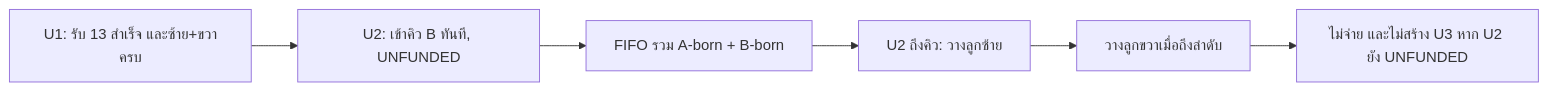
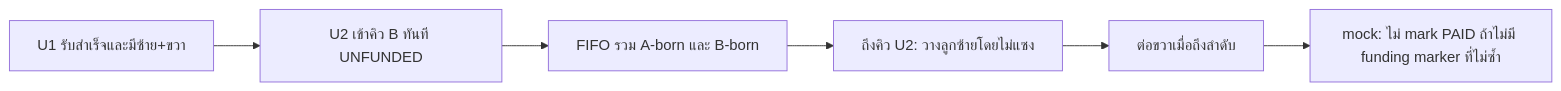
The diagram in examples/unfunded-fifo/README.md (jamesbx999/13vt.com), drawn with Mermaid before and after one commit. The commit also changed other lines of this file and 18 other files, not shown here.

````diff
--- a/examples/unfunded-fifo/README.md
+++ b/examples/unfunded-fifo/README.md
@@ -21,8 +15,8 @@
 ```mermaid
 flowchart LR
-  U1[U1: รับ 13 สำเร็จ และซ้าย+ขวาครบ] --> U2[U2: เข้าคิว B ทันที, UNFUNDED]
-  U2 --> Q[FIFO รวม A-born + B-born]
-  Q --> L[U2 ถึงคิว: วางลูกซ้าย]
-  L --> R[วางลูกขวาเมื่อถึงลำดับ]
-  R --> X[ไม่จ่าย และไม่สร้าง U3 หาก U2 ยัง UNFUNDED]
+  U1[U1 รับสำเร็จและมีซ้าย+ขวา] --> U2[U2 เข้าคิว B ทันที UNFUNDED]
+  U2 --> Q[FIFO รวม A-born และ B-born]
+  Q --> L[ถึงคิว U2: วางลูกซ้ายโดยไม่แซง]
+  L --> R[ต่อขวาเมื่อถึงลำดับ]
+  R --> HOLD[mock: ไม่ mark PAID ถ้าไม่มี funding marker ที่ไม่ซ้ำ]
 ```
````
